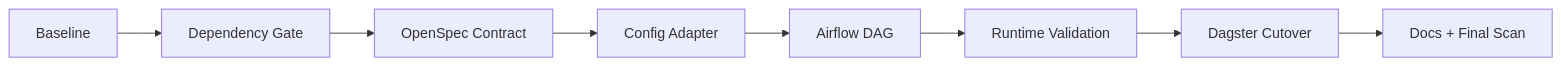
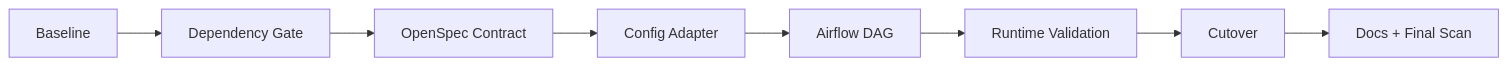
One commit to mols3131d/hmda-data-reliability changed the diagram in inbox/2026-08-18/20-59-plan-orchestration-apache-airflow-migration.md. Above: the diagram before and after it, drawn with Mermaid. The commit also changed other lines of this file, not shown here.

````diff
--- a/inbox/2026-08-18/20-59-plan-orchestration-apache-airflow-migration.md
+++ b/inbox/2026-08-18/20-59-plan-orchestration-apache-airflow-migration.md
@@ -20,10 +20,10 @@
 ```mermaid
 flowchart LR
     baseline["Baseline"] --> dependency["Dependency Gate"]
     dependency --> contract["OpenSpec Contract"]
     contract --> adapter["Config Adapter"]
     adapter --> dag["Airflow DAG"]
     dag --> runtime["Runtime Validation"]
-    runtime --> cutover["Dagster Cutover"]
+    runtime --> cutover["Cutover"]
     cutover --> cleanup["Docs + Final Scan"]
 ```
````
